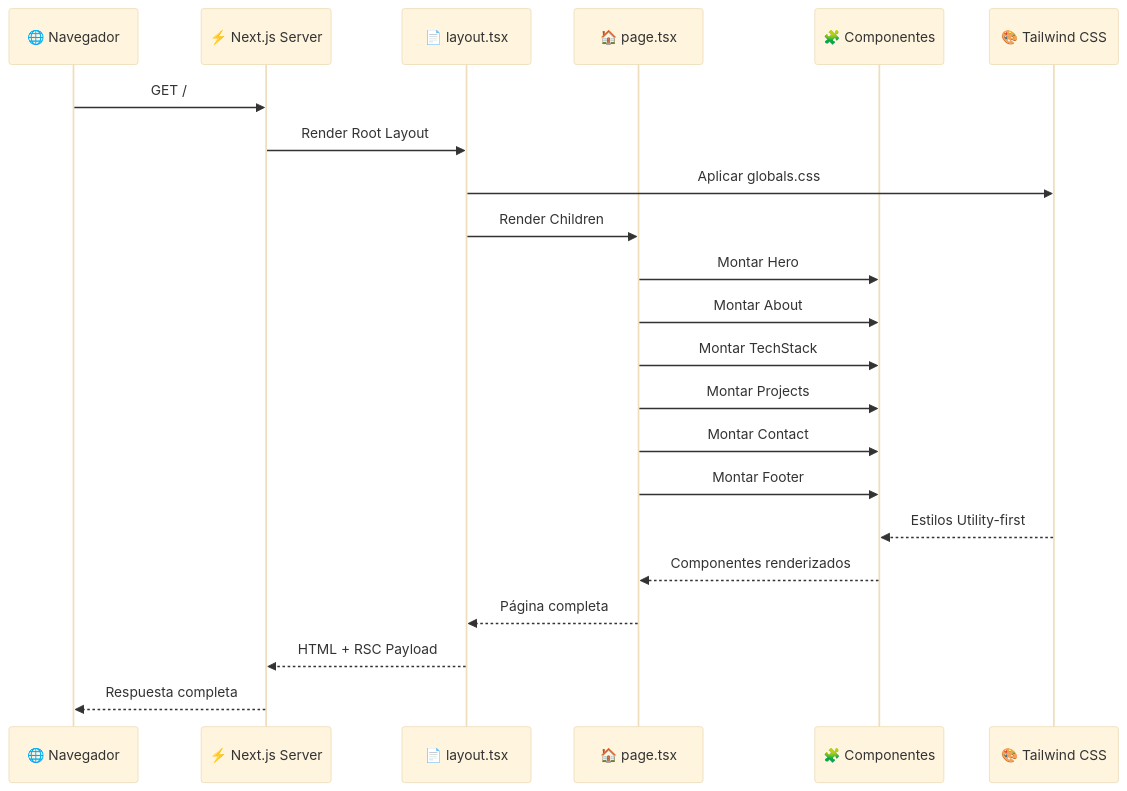
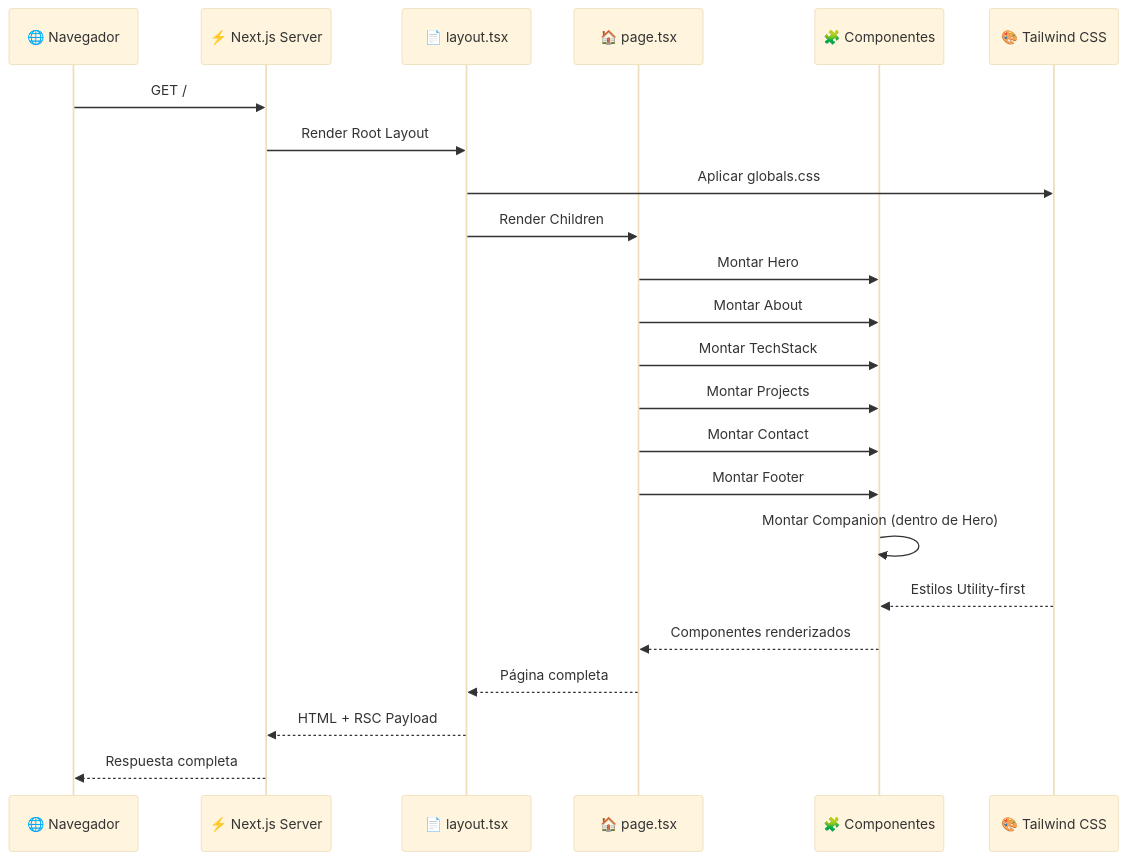
The third of 3 diagrams in docs/arquitectura-portafolio.md (vxie705/Portfolio), drawn with Mermaid (base theme) before and after one commit. The commit also changed other lines of this file, not shown here.

````diff
--- a/docs/arquitectura-portafolio.md
+++ b/docs/arquitectura-portafolio.md
@@ -130,25 +138,26 @@
 ```mermaid
 sequenceDiagram
     participant Browser as 🌐 Navegador
     participant Next as ⚡ Next.js Server
     participant Layout as 📄 layout.tsx
     participant Page as 🏠 page.tsx
     participant Comp as 🧩 Componentes
     participant CSS as 🎨 Tailwind CSS
 
     Browser->>Next: GET /
     Next->>Layout: Render Root Layout
     Layout->>CSS: Aplicar globals.css
     Layout->>Page: Render Children
     Page->>Comp: Montar Hero
     Page->>Comp: Montar About
     Page->>Comp: Montar TechStack
     Page->>Comp: Montar Projects
     Page->>Comp: Montar Contact
     Page->>Comp: Montar Footer
+    Comp->>Comp: Montar Companion (dentro de Hero)
     CSS-->>Comp: Estilos Utility-first
     Comp-->>Page: Componentes renderizados
     Page-->>Layout: Página completa
     Layout-->>Next: HTML + RSC Payload
     Next-->>Browser: Respuesta completa
 ```
````
